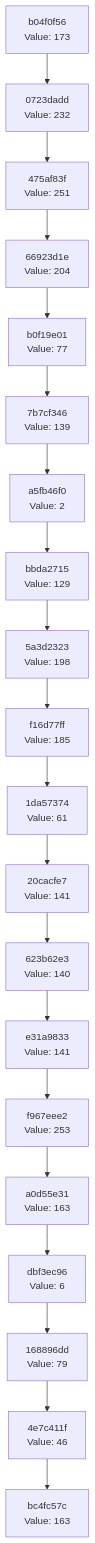
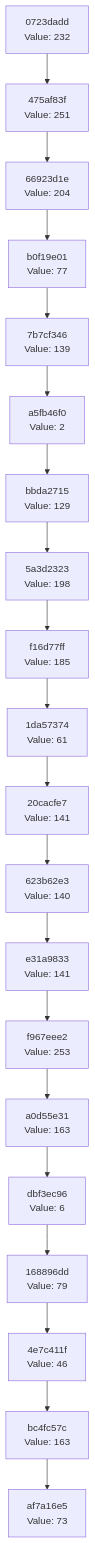
The diagram in docs/CHAIN_VISUALIZATION.md (Abhisheksinha1506/hash-chain-evolver), drawn with Mermaid before and after one commit. The commit also changed 1 other file, not shown here.

Commit message:
Evolution step: hash 0x49 → action executed

````diff
--- a/docs/CHAIN_VISUALIZATION.md
+++ b/docs/CHAIN_VISUALIZATION.md
@@ -3,42 +3,42 @@
 ```mermaid
 graph TD
-    C0["bc4fc57c<br/>Value: 163"]
-    C1["4e7c411f<br/>Value: 46"]
+    C0["af7a16e5<br/>Value: 73"]
+    C1["bc4fc57c<br/>Value: 163"]
     C1 --> C0
-    C2["168896dd<br/>Value: 79"]
+    C2["4e7c411f<br/>Value: 46"]
     C2 --> C1
-    C3["dbf3ec96<br/>Value: 6"]
+    C3["168896dd<br/>Value: 79"]
     C3 --> C2
-    C4["a0d55e31<br/>Value: 163"]
+    C4["dbf3ec96<br/>Value: 6"]
     C4 --> C3
-    C5["f967eee2<br/>Value: 253"]
+    C5["a0d55e31<br/>Value: 163"]
     C5 --> C4
-    C6["e31a9833<br/>Value: 141"]
+    C6["f967eee2<br/>Value: 253"]
     C6 --> C5
-    C7["623b62e3<br/>Value: 140"]
+    C7["e31a9833<br/>Value: 141"]
     C7 --> C6
-    C8["20cacfe7<br/>Value: 141"]
+    C8["623b62e3<br/>Value: 140"]
     C8 --> C7
-    C9["1da57374<br/>Value: 61"]
+    C9["20cacfe7<br/>Value: 141"]
     C9 --> C8
-    C10["f16d77ff<br/>Value: 185"]
+    C10["1da57374<br/>Value: 61"]
     C10 --> C9
-    C11["5a3d2323<br/>Value: 198"]
+    C11["f16d77ff<br/>Value: 185"]
     C11 --> C10
-    C12["bbda2715<br/>Value: 129"]
+    C12["5a3d2323<br/>Value: 198"]
     C12 --> C11
-    C13["a5fb46f0<br/>Value: 2"]
+    C13["bbda2715<br/>Value: 129"]
     C13 --> C12
-    C14["7b7cf346<br/>Value: 139"]
+    C14["a5fb46f0<br/>Value: 2"]
     C14 --> C13
-    C15["b0f19e01<br/>Value: 77"]
+    C15["7b7cf346<br/>Value: 139"]
     C15 --> C14
-    C16["66923d1e<br/>Value: 204"]
+    C16["b0f19e01<br/>Value: 77"]
     C16 --> C15
-    C17["475af83f<br/>Value: 251"]
+    C17["66923d1e<br/>Value: 204"]
     C17 --> C16
-    C18["0723dadd<br/>Value: 232"]
+    C18["475af83f<br/>Value: 251"]
     C18 --> C17
-    C19["b04f0f56<br/>Value: 173"]
+    C19["0723dadd<br/>Value: 232"]
     C19 --> C18
 ```
````
